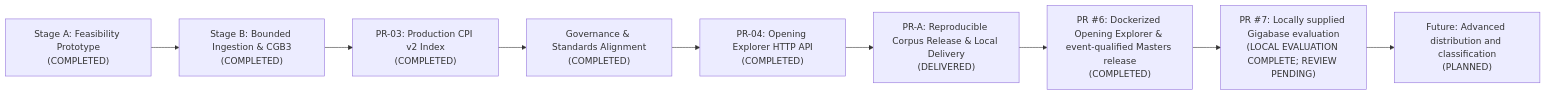
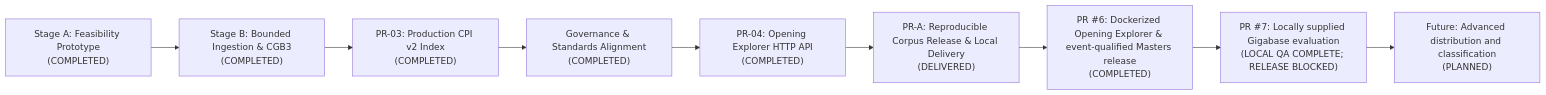
Before and after one commit to Nerver-zip/chess-database-api: the diagram in docs/ROADMAP.md, drawn with Mermaid. The commit also changed other lines of this file and 12 other files, not shown here.

````diff
--- a/docs/ROADMAP.md
+++ b/docs/ROADMAP.md
@@ -15,11 +15,11 @@
 ```mermaid
 flowchart LR
     M1["Stage A: Feasibility Prototype<br/>(COMPLETED)"] --> M2["Stage B: Bounded Ingestion & CGB3<br/>(COMPLETED)"]
     M2 --> M3["PR-03: Production CPI v2 Index<br/>(COMPLETED)"]
     M3 --> M4["Governance & Standards Alignment<br/>(COMPLETED)"]
     M4 --> M5["PR-04: Opening Explorer HTTP API<br/>(COMPLETED)"]
     M5 --> M5b["PR-A: Reproducible Corpus Release & Local Delivery<br/>(DELIVERED)"]
     M5b --> M5c["PR #6: Dockerized Opening Explorer & event-qualified Masters release<br/>(COMPLETED)"]
-    M5c --> M5d["PR #7: Locally supplied Gigabase evaluation<br/>(LOCAL EVALUATION COMPLETE; REVIEW PENDING)"]
+    M5c --> M5d["PR #7: Locally supplied Gigabase evaluation<br/>(LOCAL QA COMPLETE; RELEASE BLOCKED)"]
     M5d --> M6["Future: Advanced distribution and classification<br/>(PLANNED)"]
 ```
````
